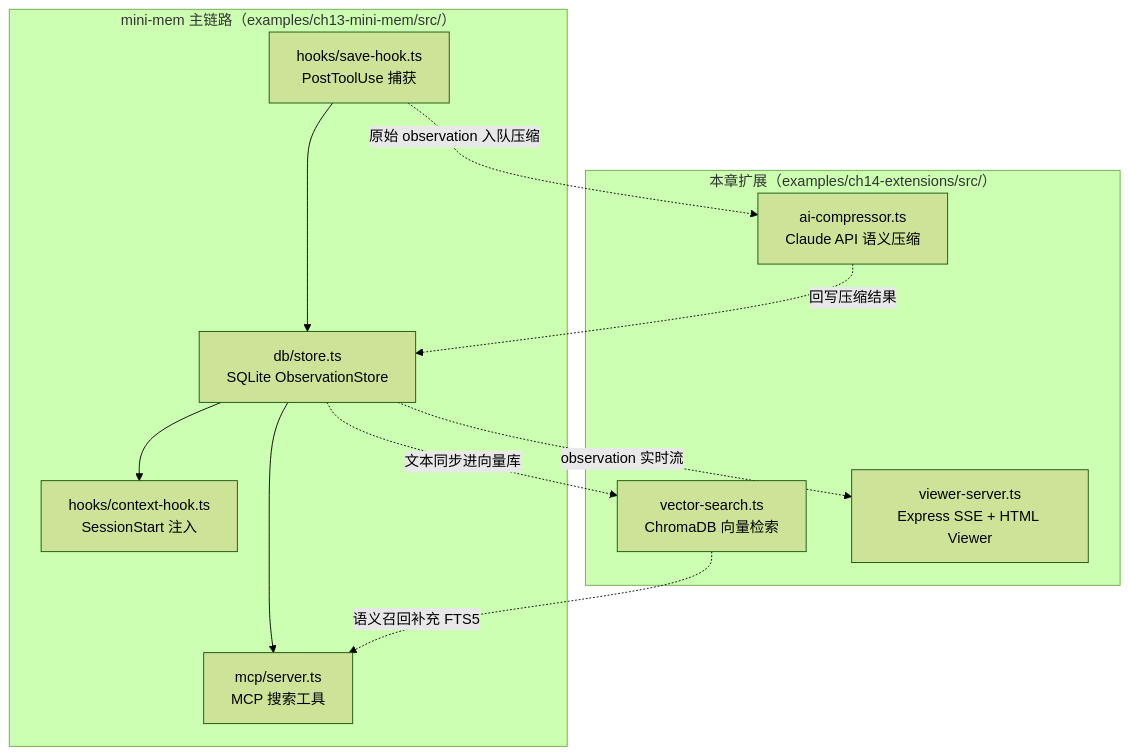
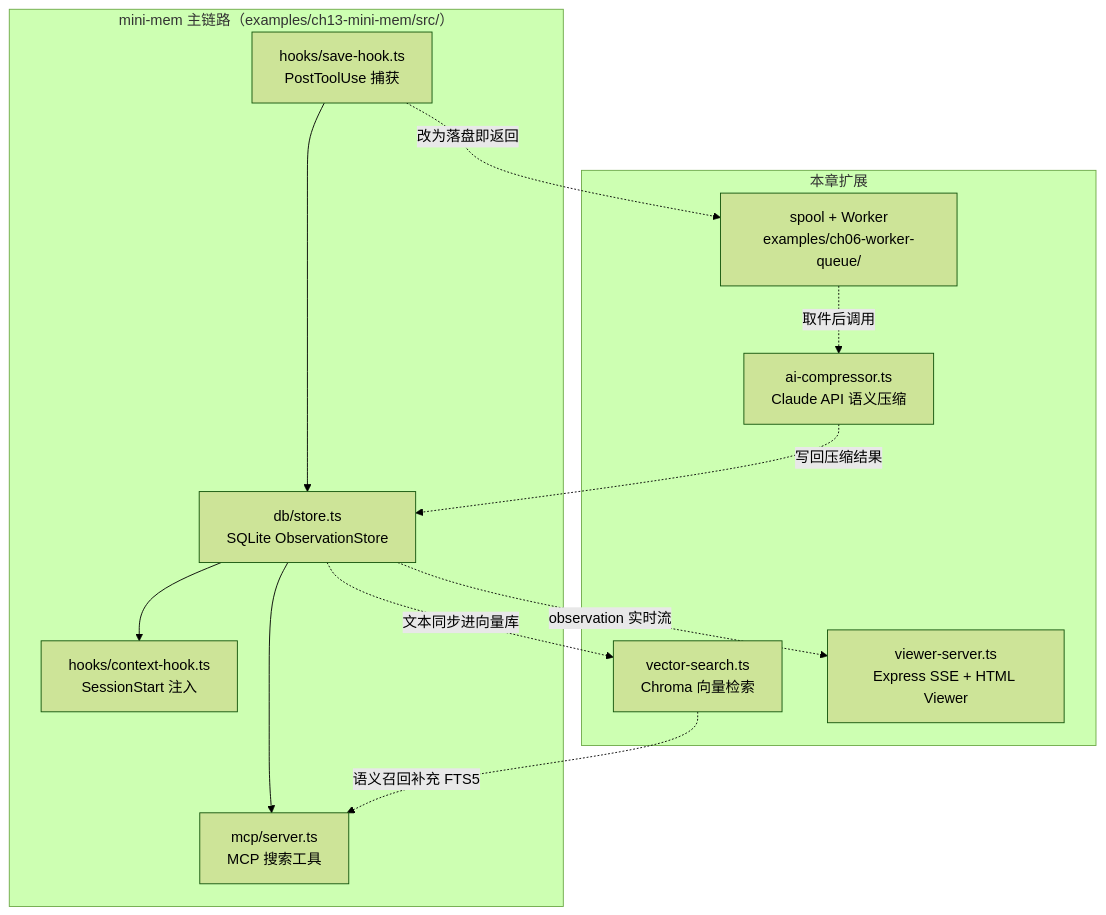
Before and after one commit to diguike/book-claude-mem: the diagram in 04-practice/ch14-extensions/README.md, drawn with Mermaid (forest theme). The commit also changed other lines of this file and 155 other files, not shown here.

````diff
--- a/04-practice/ch14-extensions/README.md
+++ b/04-practice/ch14-extensions/README.md
@@ -11,18 +11,20 @@
 ```mermaid
 graph TB
     subgraph MAIN["mini-mem 主链路（examples/ch13-mini-mem/src/）"]
         H1["hooks/save-hook.ts<br/>PostToolUse 捕获"] --> ST["db/store.ts<br/>SQLite ObservationStore"]
         ST --> H2["hooks/context-hook.ts<br/>SessionStart 注入"]
         ST --> MCP["mcp/server.ts<br/>MCP 搜索工具"]
     end
-    subgraph EXT["本章扩展（examples/ch14-extensions/src/）"]
+    subgraph EXT["本章扩展"]
+        SPQ["spool + Worker<br/>examples/ch06-worker-queue/"]
         AC["ai-compressor.ts<br/>Claude API 语义压缩"]
-        VS["vector-search.ts<br/>ChromaDB 向量检索"]
+        VS["vector-search.ts<br/>Chroma 向量检索"]
         VW["viewer-server.ts<br/>Express SSE + HTML Viewer"]
     end
-    H1 -. "原始 observation 入队压缩" .-> AC
-    AC -. "回写压缩结果" .-> ST
+    H1 -. "改为落盘即返回" .-> SPQ
+    SPQ -. "取件后调用" .-> AC
+    AC -. "写回压缩结果" .-> ST
     ST -. "文本同步进向量库" .-> VS
     VS -. "语义召回补充 FTS5" .-> MCP
     ST -. "observation 实时流" .-> VW
 ```
````
